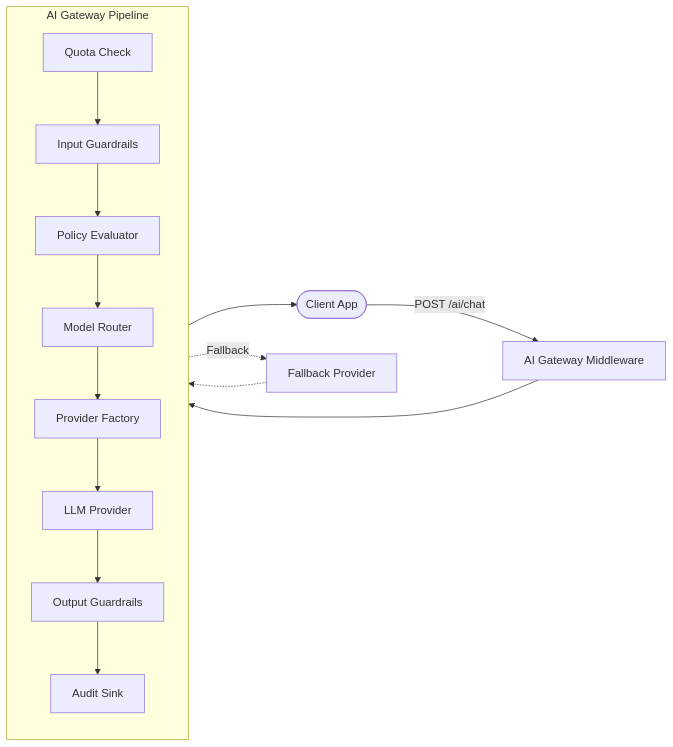
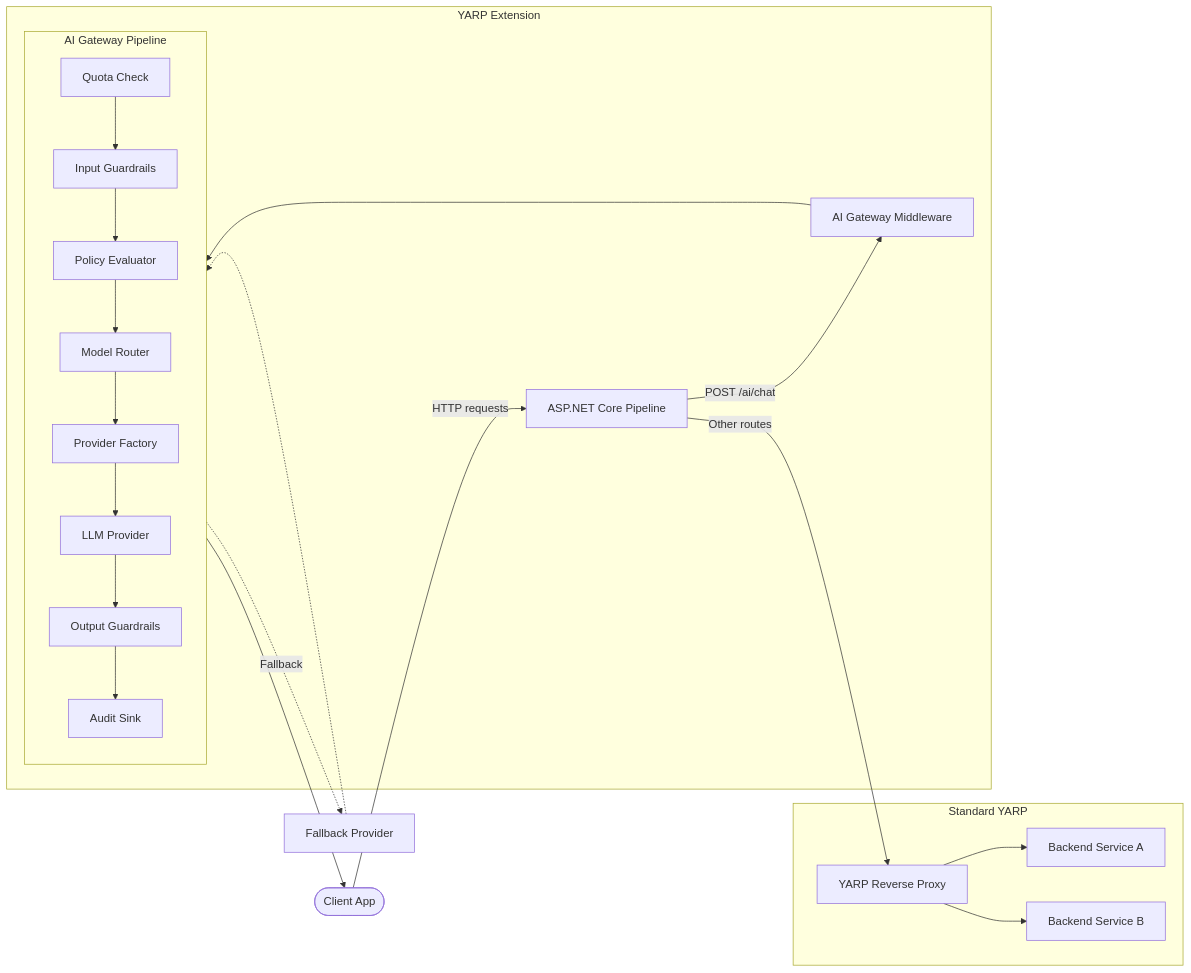
Before and after one commit to jmfloreszazo/yarp_aigateway: the second of 8 diagrams in README.md, drawn with Mermaid. The commit also changed other lines of this file and 9 other files, not shown here.

Commit message:
Refactor AI Gateway configuration and remove Mistral provider support; update README and sample app for clarity

````diff
--- a/README.md
+++ b/README.md
@@ -97,21 +108,31 @@
 ```mermaid
 graph LR
-    Client([Client App]) -->|POST /ai/chat| MW[AI Gateway Middleware]
-    MW --> Pipeline
+    Client([Client App]) -->|HTTP requests| ASP[ASP.NET Core Pipeline]
+
+    subgraph YARP Extension
+        ASP -->|POST /ai/chat| AIGW[AI Gateway Middleware]
+        AIGW --> Pipeline
+    end
+
+    subgraph Standard YARP
+        ASP -->|Other routes| RP[YARP Reverse Proxy]
+        RP --> BE1[Backend Service A]
+        RP --> BE2[Backend Service B]
+    end
 
     subgraph Pipeline[AI Gateway Pipeline]
         direction TB
         Q[Quota Check] --> IG[Input Guardrails]
         IG --> PE[Policy Evaluator]
         PE --> MR[Model Router]
         MR --> PF[Provider Factory]
         PF --> LLM[LLM Provider]
         LLM --> OG[Output Guardrails]
         OG --> AU[Audit Sink]
     end
 
     Pipeline --> Client
 
     LLM -.->|Fallback| FB[Fallback Provider]
     FB -.-> OG
 ```
````
